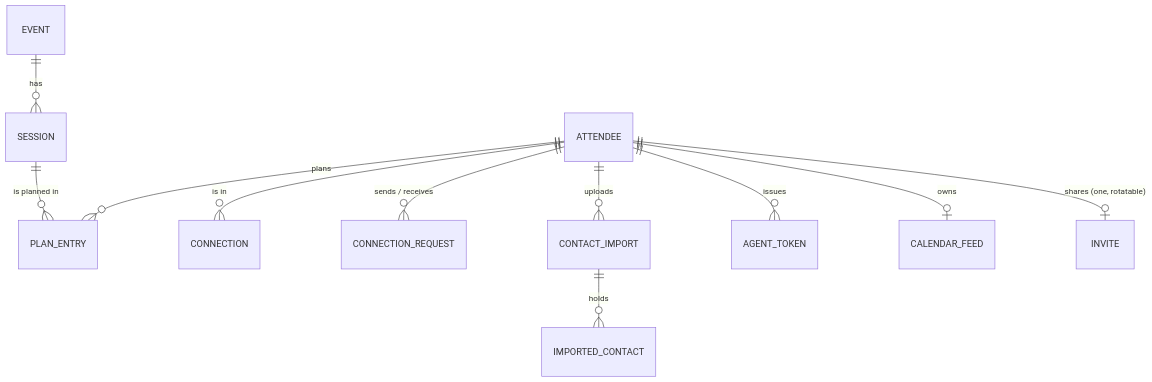
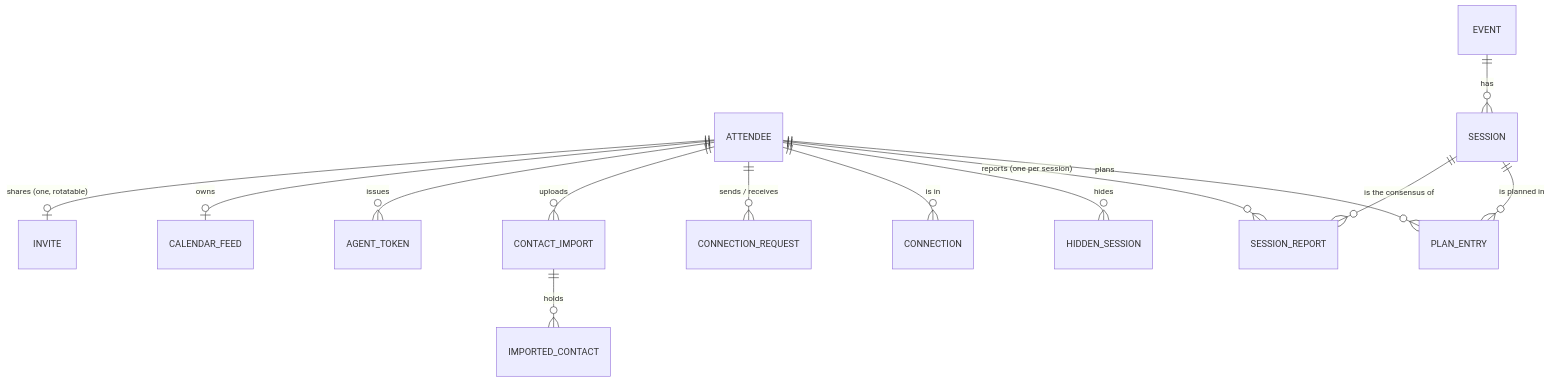
The first of 3 diagrams in docs/architecture/domain.md (voidprojectssoftware/reinvent-hallway), drawn with Mermaid before and after one commit. The commit also changed other lines of this file and 2 other files, not shown here.

First line of the commit message:
Record catalog trust by reporter consensus and the sync rules it changes

````diff
--- a/docs/architecture/domain.md
+++ b/docs/architecture/domain.md
@@ -50,13 +51,16 @@
 ```mermaid
 erDiagram
   ATTENDEE ||--o{ PLAN_ENTRY : plans
   SESSION ||--o{ PLAN_ENTRY : "is planned in"
+  SESSION ||--o{ SESSION_REPORT : "is the consensus of"
+  ATTENDEE ||--o{ SESSION_REPORT : "reports (one per session)"
+  ATTENDEE ||--o{ HIDDEN_SESSION : hides
   EVENT ||--o{ SESSION : has
   ATTENDEE ||--o{ CONNECTION : "is in"
   ATTENDEE ||--o{ CONNECTION_REQUEST : "sends / receives"
   ATTENDEE ||--o{ CONTACT_IMPORT : uploads
   CONTACT_IMPORT ||--o{ IMPORTED_CONTACT : holds
   ATTENDEE ||--o{ AGENT_TOKEN : issues
   ATTENDEE ||--o| CALENDAR_FEED : owns
   ATTENDEE ||--o| INVITE : "shares (one, rotatable)"
 ```
````
